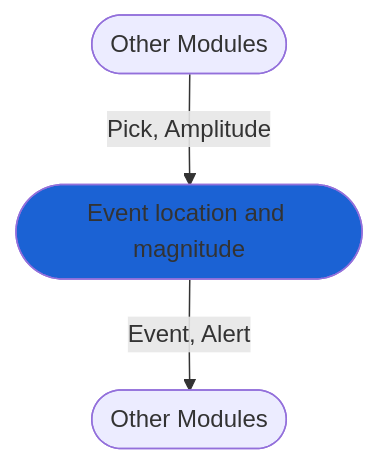
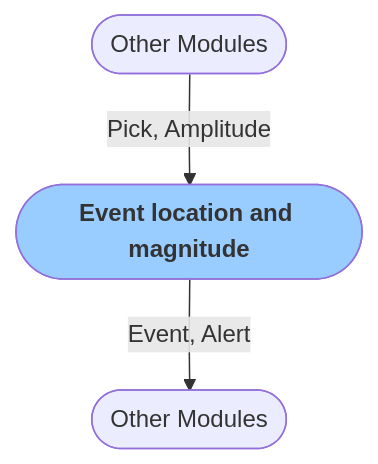
One commit to grillo/grillo-docs changed the diagram in docs/grillo-console/modules/technical_computing/location_gamma.md. Above: the diagram before and after it, drawn with Mermaid. The commit also changed 38 other files, not shown here.

````diff
--- a/docs/grillo-console/modules/technical_computing/location_gamma.md
+++ b/docs/grillo-console/modules/technical_computing/location_gamma.md
@@ -15,5 +15,5 @@
 ```mermaid
 flowchart TB
-   B([Other Modules])-->|Pick, Amplitude| Cp([Event location and magnitude]) -->|Event, Alert| D([Other Modules])
-   style Cp fill:#1b62d4
+   B([Other Modules])-->|Pick, Amplitude| Cp([<font color=333333><b>Event location and magnitude</b>]) -->|Event, Alert| D([Other Modules])
+   style Cp fill:#99CCFF
 ```
````
